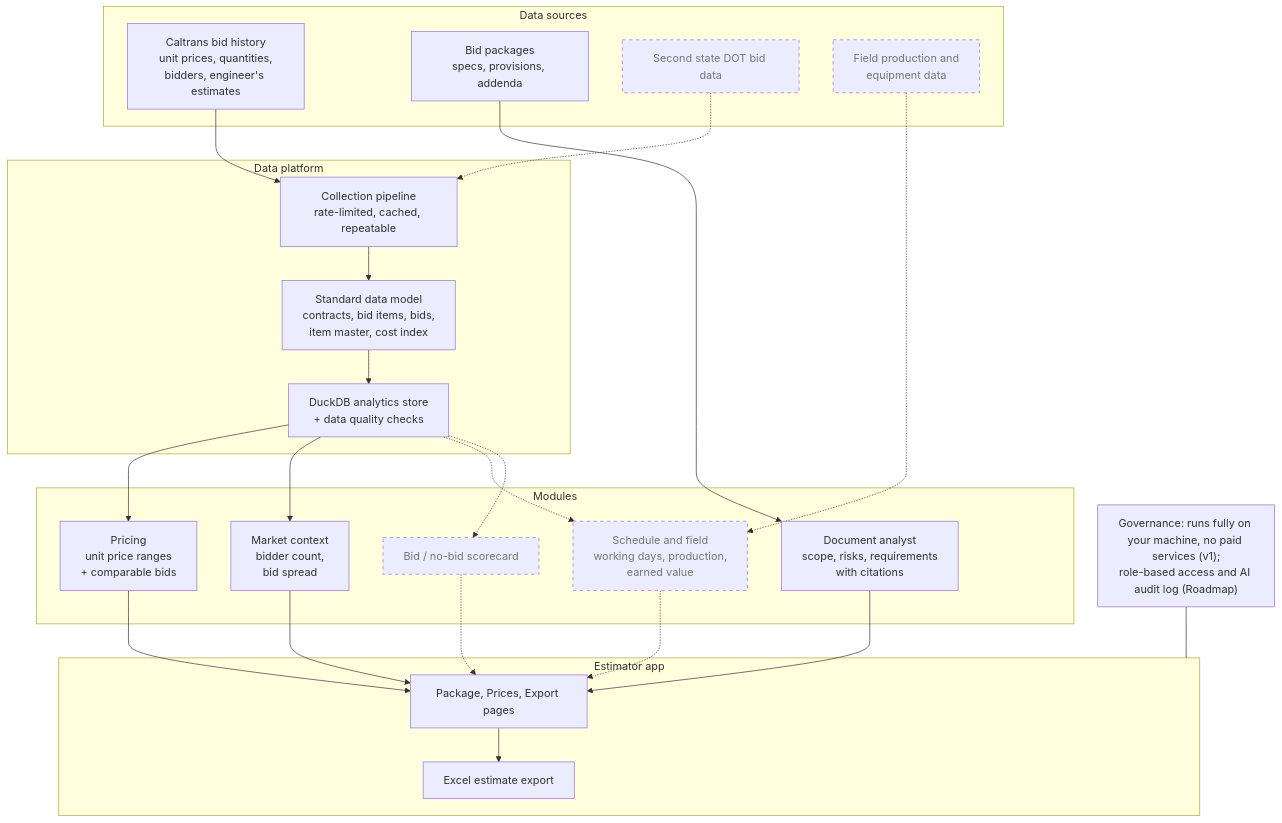
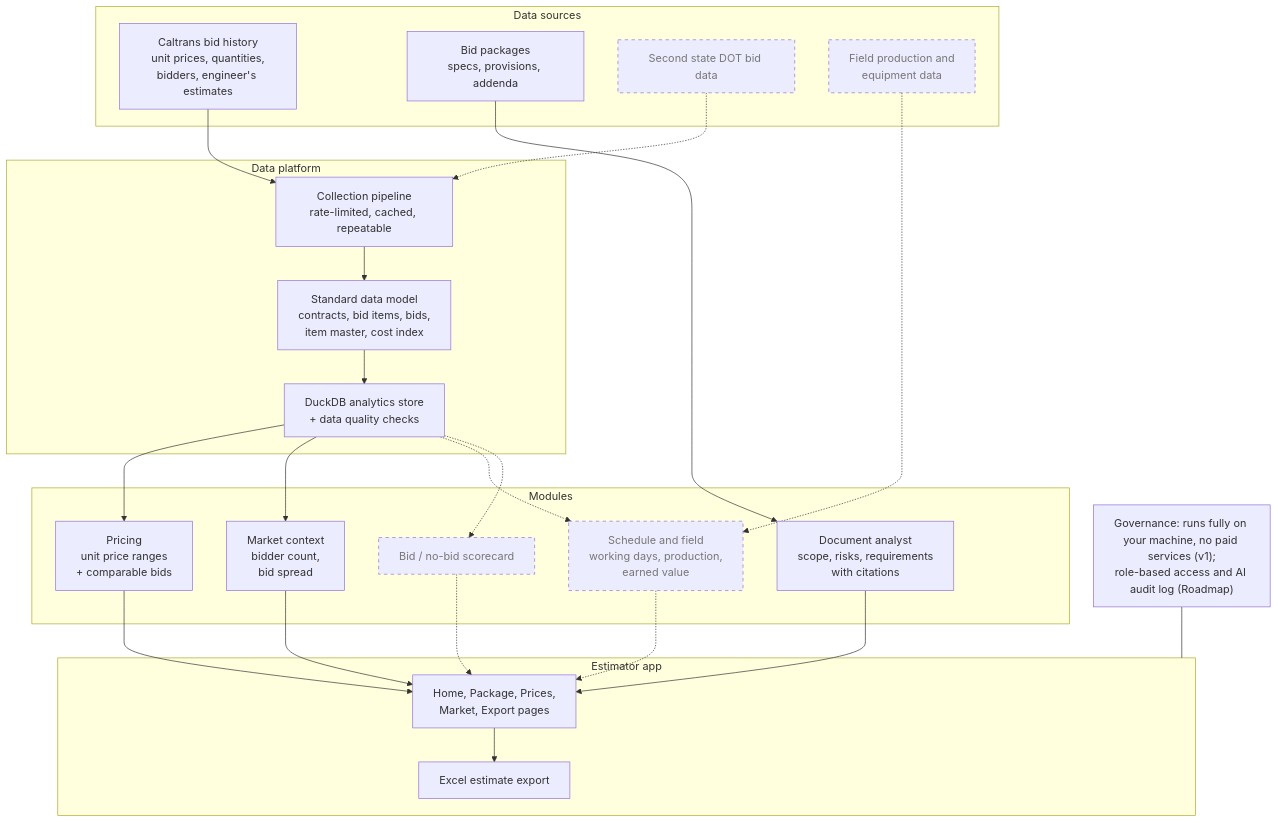
The second of 2 diagrams in README.md (Tanmaypathak18/bidlens), drawn with Mermaid before and after one commit. The commit also changed other lines of this file and 48 other files, not shown here.

````diff
--- a/README.md
+++ b/README.md
@@ -69,50 +71,50 @@
 ```mermaid
 flowchart TB
     subgraph SRC["Data sources"]
         S1["Caltrans bid history<br/>unit prices, quantities,<br/>bidders, engineer's estimates"]
         S2["Bid packages<br/>specs, provisions, addenda"]
         S3["Second state DOT bid data"]
         S4["Field production and<br/>equipment data"]
     end
 
     subgraph PLAT["Data platform"]
         P1["Collection pipeline<br/>rate-limited, cached, repeatable"]
         P2["Standard data model<br/>contracts, bid items, bids,<br/>item master, cost index"]
         P3["DuckDB analytics store<br/>+ data quality checks"]
         P1 --> P2 --> P3
     end
 
     subgraph MOD["Modules"]
         M1["Pricing<br/>unit price ranges<br/>+ comparable bids"]
         M2["Market context<br/>bidder count,<br/>bid spread"]
         M3["Document analyst<br/>scope, risks, requirements<br/>with citations"]
         M4["Schedule and field<br/>working days, production,<br/>earned value"]
         M5["Bid / no-bid scorecard"]
     end
 
     subgraph APP["Estimator app"]
-        A1["Package, Prices, Export pages"]
+        A1["Home, Package, Prices,<br/>Market, Export pages"]
         A2["Excel estimate export"]
     end
 
     G["Governance: runs fully on your machine, no paid services (v1);<br/>role-based access and AI audit log (Roadmap)"]
 
     S1 --> P1
     S2 --> M3
     S3 -.-> P1
     S4 -.-> M4
     P3 --> M1
     P3 --> M2
     P3 -.-> M4
     P3 -.-> M5
     M1 --> A1
     M2 --> A1
     M3 --> A1
     M4 -.-> A1
     M5 -.-> A1
     A1 --> A2
     G --- APP
 
     classDef roadmap stroke-dasharray: 5 5,color:#777;
     class S3,S4,M4,M5 roadmap;
 ```
````
